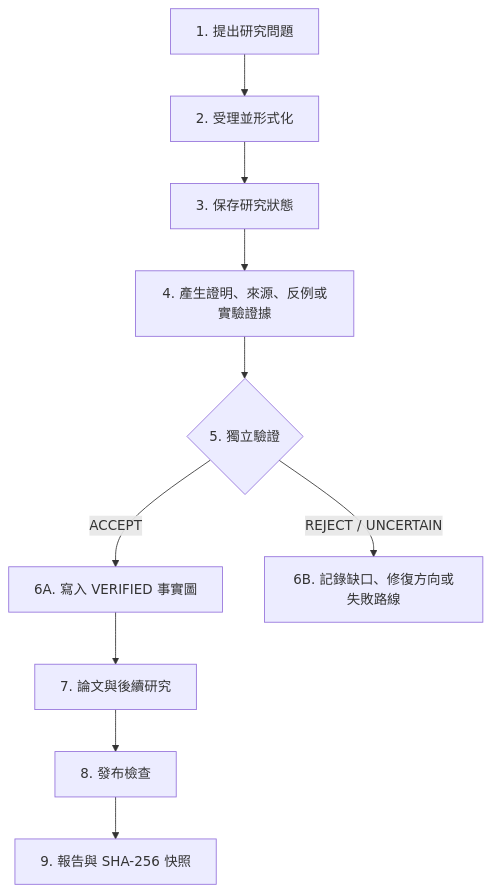
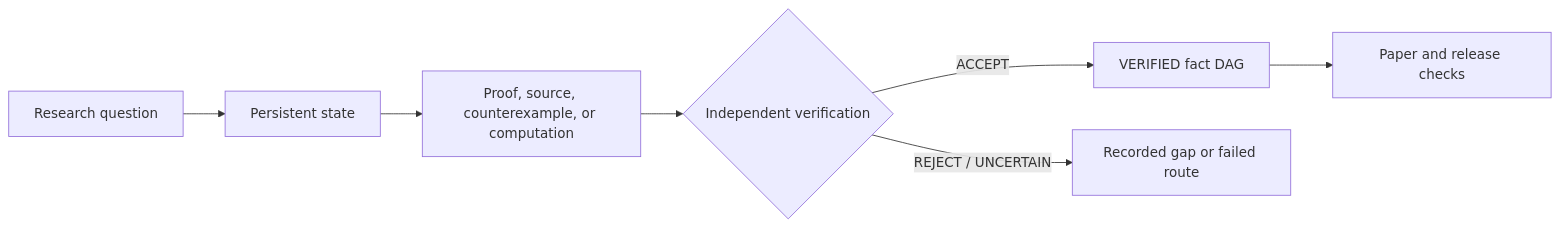
Before and after one commit to f0909172434/proofweave-math-lab: the diagram in README.md, drawn with Mermaid. The commit also changed other lines of this file and 23 other files, not shown here.

````diff
--- a/README.md
+++ b/README.md
@@ -173,12 +72,9 @@
 ```mermaid
-flowchart TB
-    A["1. 提出研究問題"] --> B["2. 受理並形式化"]
-    B --> C["3. 保存研究狀態"]
-    C --> D["4. 產生證明、來源、反例或實驗證據"]
-    D --> E{"5. 獨立驗證"}
-    E -->|"ACCEPT"| F["6A. 寫入 VERIFIED 事實圖"]
-    E -->|"REJECT / UNCERTAIN"| G["6B. 記錄缺口、修復方向或失敗路線"]
-    F --> H["7. 論文與後續研究"]
-    H --> I["8. 發布檢查"]
-    I --> J["9. 報告與 SHA-256 快照"]
+flowchart LR
+    A["Research question"] --> B["Persistent state"]
+    B --> C["Proof, source, counterexample, or computation"]
+    C --> D{"Independent verification"}
+    D -->|"ACCEPT"| E["VERIFIED fact DAG"]
+    D -->|"REJECT / UNCERTAIN"| F["Recorded gap or failed route"]
+    E --> G["Paper and release checks"]
 ```
````
